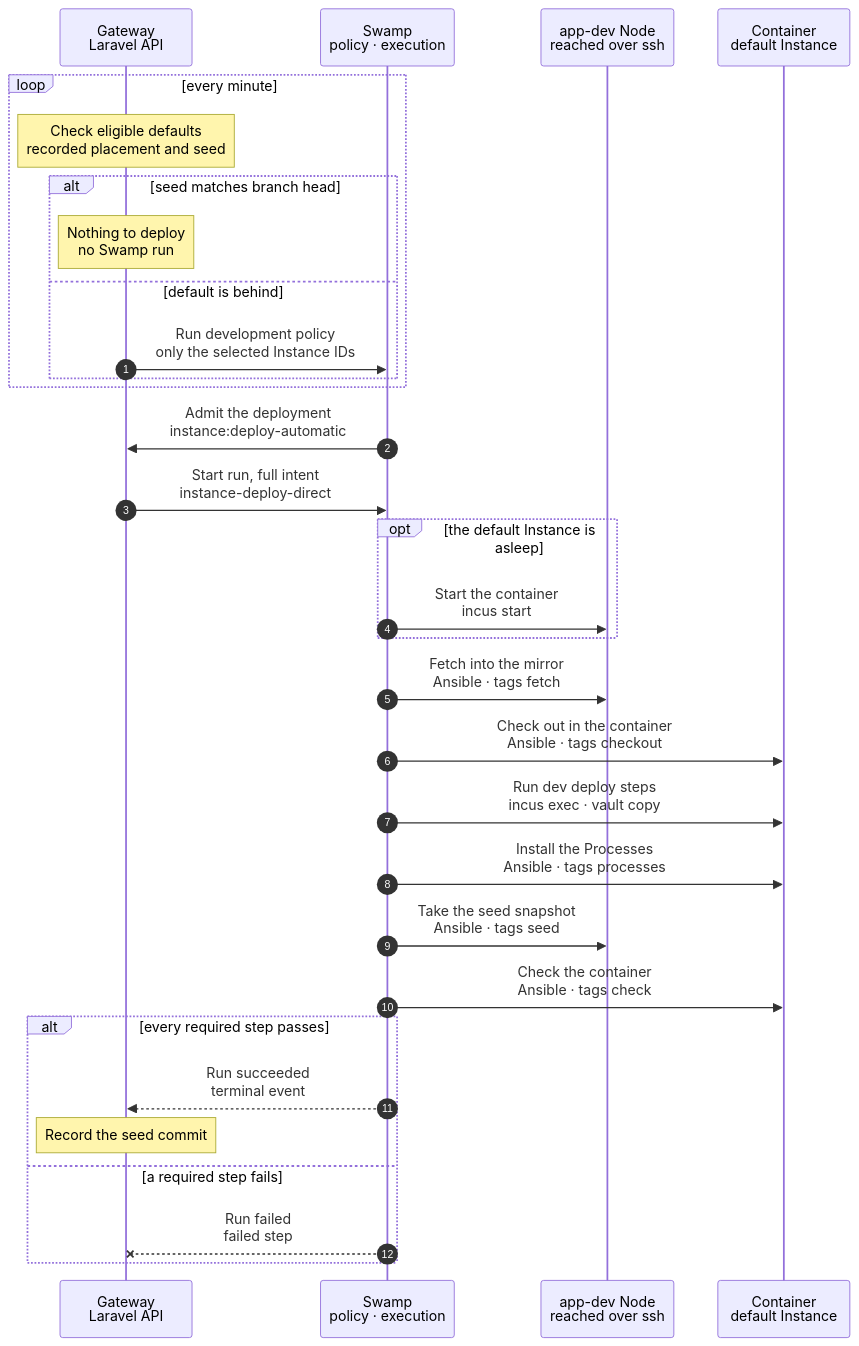
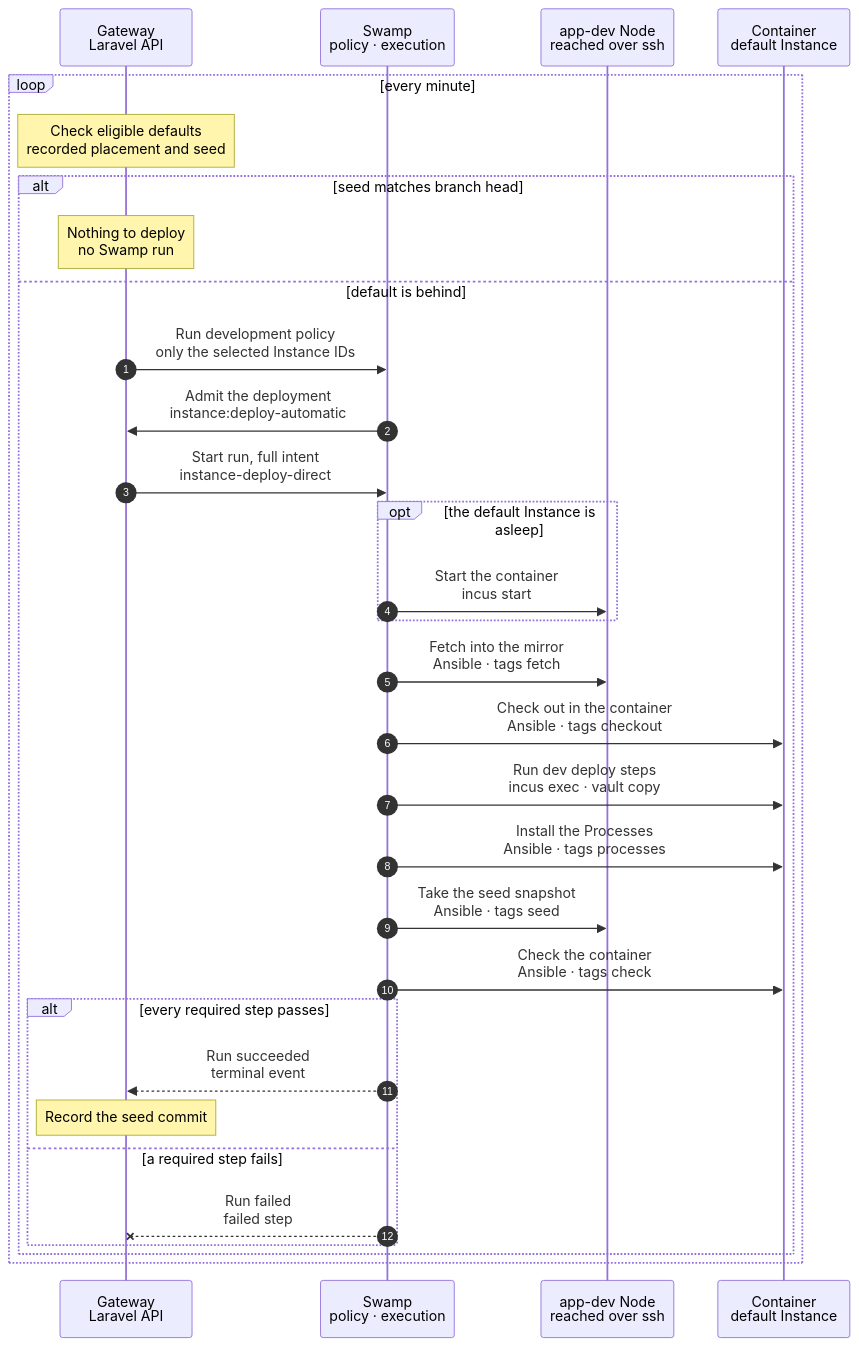
One commit to hardimpactdev/orbit changed the diagram in docs/cli/instance/container/deploy-default.mmd. Above: the diagram before and after it, drawn with Mermaid.

Commit message:
docs: keep development admission inside the changed-head branch

```diff
--- a/docs/cli/instance/container/deploy-default.mmd
+++ b/docs/cli/instance/container/deploy-default.mmd
@@ -1,67 +1,67 @@
 sequenceDiagram
   %% Target design, container runtime (ADR 0250 step 3, docs/reference/development-containers.md#the-default-instance): the automatic development deployment of docs/reference/deployments.md, in the default Instance's container. The Gateway checks the branch head before it starts development policy; Swamp keeps the retry and admission state. When the charts move into place, this becomes the development branch of the deploy chart.
   %% status: draft
   %% command: none · automatic deployment policy
   %% kind: instance.deploy
   autonumber
   %% lane GW icon=gateway pill=intent tone=blue
   %% lane SW icon=workflow pill=executes tone=green
   %% lane N icon=server pill=target tone=amber
   %% lane C icon=server pill=target tone=purple
   participant GW as Gateway<br/>Laravel API
   participant SW as Swamp<br/>policy · execution
   participant N as app-dev Node<br/>reached over ssh
   participant C as Container<br/>default Instance
   loop every minute
     Note over GW: Check eligible defaults<br/>recorded placement and seed
     %%> What it does:
     %%> - selects only active default checkouts with active app-dev placement, using the automatic admission eligibility rule
     %%> - reads each eligible Project's default branch once through the cached source reader; no environment-template refresh
     alt seed matches branch head
       Note over GW: Nothing to deploy<br/>no Swamp run
     else default is behind
       GW->>SW: Run development policy<br/>only the selected Instance IDs
       %%> What it does:
       %%> - shares the retained behavior identity and development state; keeps pending admissions, backoff and retry limits
       %%> - never discovers or admits production work; its paused production schedule stays unchanged
-    end
-  end
   SW->>GW: Admit the deployment<br/>instance:deploy-automatic
   %%> What it does:
   %%> - the Gateway admits `instance.deploy` for that exact commit, with the Instance lock and a repository read token in the vault
   GW->>SW: Start run, full intent<br/>instance-deploy-direct
   opt the default Instance is asleep
     SW->>N: Start the container<br/>incus start
   end
   SW->>N: Fetch into the mirror<br/>Ansible · tags fetch
   %%> What it does:
   %%> - fetches into the Node's mirror and pushes the branch into the container as a bundle; the token never enters the container
   %%> - a pinned commit off the branch's first-parent chain refuses `deployment.commit_not_on_branch`
   SW->>C: Check out in the container<br/>Ansible · tags checkout
   %%> What it does:
   %%> - the same checks as a checkout default: a dirty tree refuses `deployment.checkout_dirty`, a diverged branch `deployment.branch_diverged`
   SW->>C: Run dev deploy steps<br/>incus exec · vault copy
   %%> What it does:
   %%> - the Project's development deploy steps, as `orbit`: they install changed dependencies and migrate
   SW->>C: Install the Processes<br/>Ansible · tags processes
   %%> What it does:
   %%> - installs the Project's new and changed development Process definitions as `orbit-*` units, with their environment files from the vault
   %%> - restarts a changed unit and removes a former environment file
   SW->>N: Take the seed snapshot<br/>Ansible · tags seed
   %%> What it does:
   %%> - stops the default's Processes for a moment, snapshots the container and starts them again, so clones copy no half-written file
   %%> - deletes older seed snapshots that no clone uses
   %%> - starting the units again restarts every running Process on the new commit, such as a queue worker
   SW->>C: Check the container<br/>Ansible · tags check
   %%> What it does:
   %%> - the branch is checked out at the commit and the units are active, else `deployment.branch_changed` or `deployment.processes_inactive`
   alt every required step passes
     SW-->>GW: Run succeeded<br/>terminal event
     Note over GW: Record the seed commit
     %%> Result:
     %%> - new clones start at this snapshot; existing clones do not change
   else a required step fails
     SW--xGW: Run failed<br/>failed step
     %%> Result:
     %%> - no new seed snapshot is taken, so clones keep starting at the last commit that deployed; Swamp's policy retries after its backoff
   end
+  end
+  end
```
